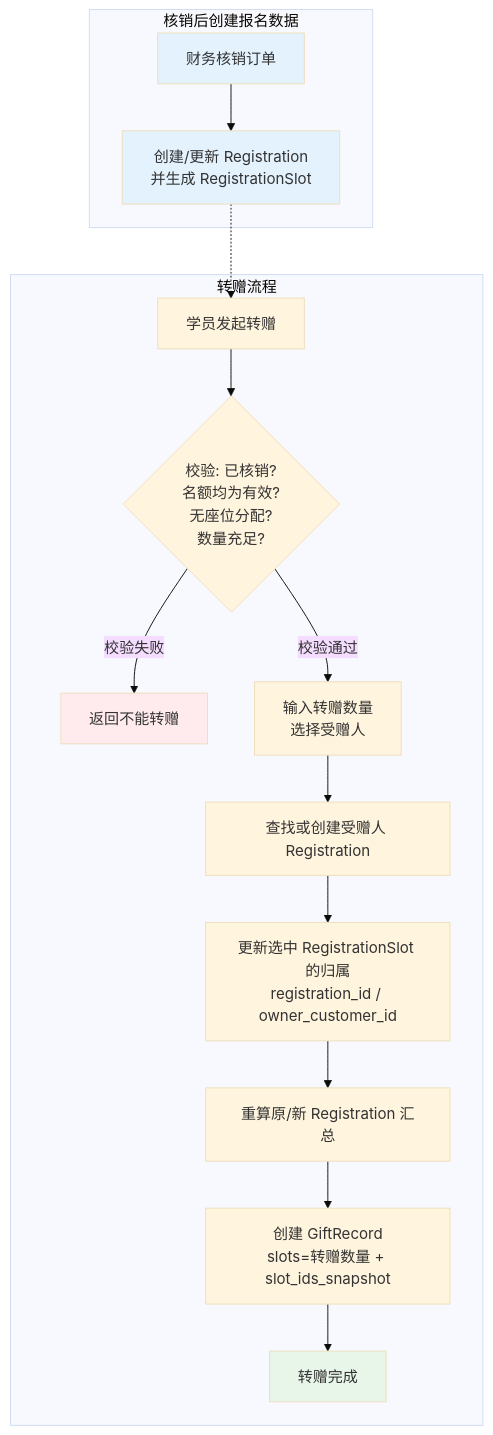
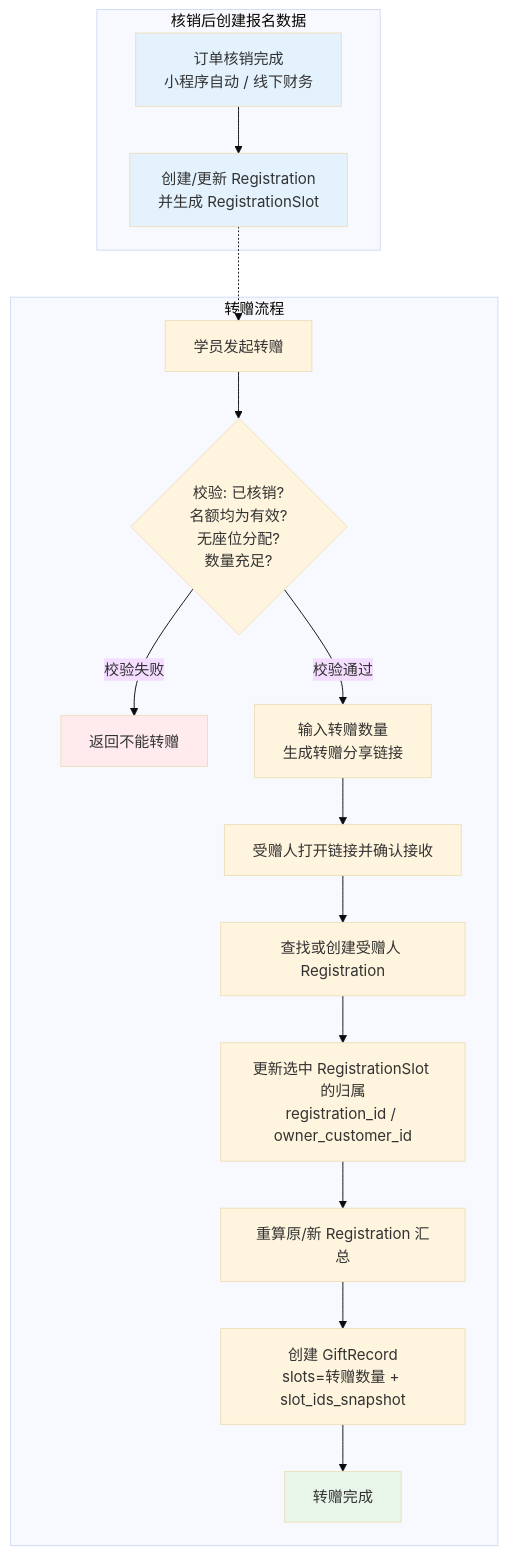
One commit to zingxy/side-job changed the seventh of 8 diagrams in 课程培训平台/PRD.md. Above: the diagram before and after it, drawn with Mermaid (base theme). The commit also changed other lines of this file and 1 other file, not shown here.

````diff
--- a/课程培训平台/PRD.md
+++ b/课程培训平台/PRD.md
@@ -786,24 +401,25 @@
 ```mermaid
 flowchart TD
     subgraph 核销后创建报名数据
-        A[财务核销订单] --> B[创建/更新 Registration<br/>并生成 RegistrationSlot]
+        A[订单核销完成<br/>小程序自动 / 线下财务] --> B[创建/更新 Registration<br/>并生成 RegistrationSlot]
     end
 
     subgraph 转赠流程
         C[学员发起转赠] --> D{校验: 已核销?<br/>名额均为有效?<br/>无座位分配?<br/>数量充足?}
         D -->|校验失败| E[返回不能转赠]
-        D -->|校验通过| F[输入转赠数量<br/>选择受赠人]
-        F --> G[查找或创建受赠人 Registration]
-        G --> H[更新选中 RegistrationSlot 的归属<br/>registration_id / owner_customer_id]
-        H --> I[重算原/新 Registration 汇总]
-        I --> J[创建 GiftRecord<br/>slots=转赠数量 + slot_ids_snapshot]
-        J --> K[转赠完成]
+        D -->|校验通过| F[输入转赠数量<br/>生成转赠分享链接]
+        F --> G[受赠人打开链接并确认接收]
+        G --> H[查找或创建受赠人 Registration]
+        H --> I[更新选中 RegistrationSlot 的归属<br/>registration_id / owner_customer_id]
+        I --> J[重算原/新 Registration 汇总]
+        J --> K[创建 GiftRecord<br/>slots=转赠数量 + slot_ids_snapshot]
+        K --> L[转赠完成]
     end
 
     B -.-> C
 
     style A fill:#e3f2fd
     style B fill:#e3f2fd
-    style K fill:#e8f5e9
+    style L fill:#e8f5e9
     style E fill:#ffebee
 ```
````
